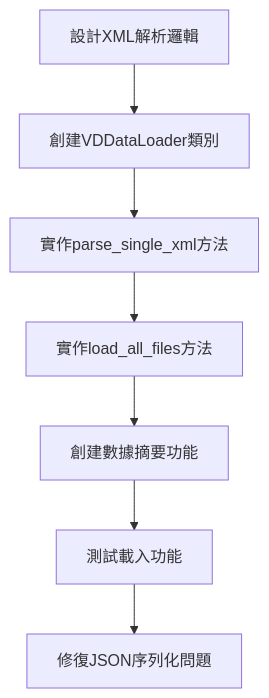
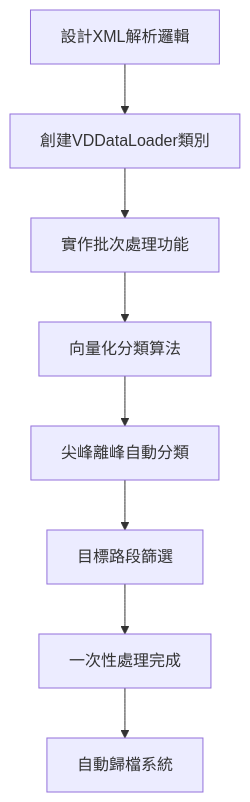
The second of 6 diagrams in README.md (qrere-Ya/traffic_project_roadmap), drawn with Mermaid before and after one commit. The commit also changed other lines of this file, not shown here.

````diff
--- a/README.md
+++ b/README.md
@@ -62,9 +74,10 @@
 ```mermaid
 graph TD
     F[設計XML解析邏輯] --> G[創建VDDataLoader類別]
-    G --> H[實作parse_single_xml方法]
-    H --> I[實作load_all_files方法]
-    I --> J[創建數據摘要功能]
-    J --> K[測試載入功能]
-    K --> L[修復JSON序列化問題]
+    G --> H[實作批次處理功能]
+    H --> I[向量化分類算法]
+    I --> J[尖峰離峰自動分類]
+    J --> K[目標路段篩選]
+    K --> L[一次性處理完成]
+    L --> M[自動歸檔系統]
 ```
````
